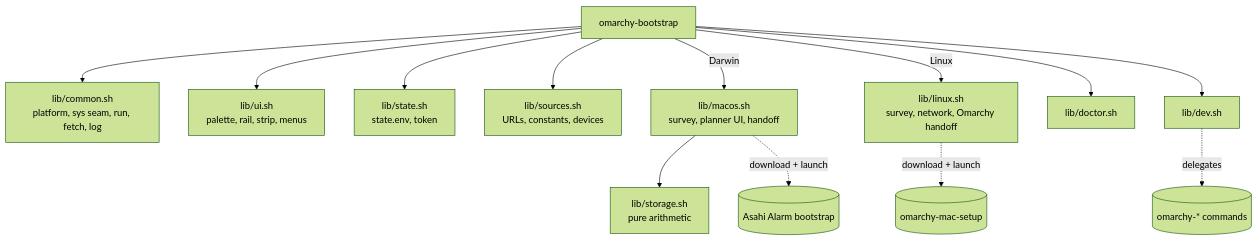
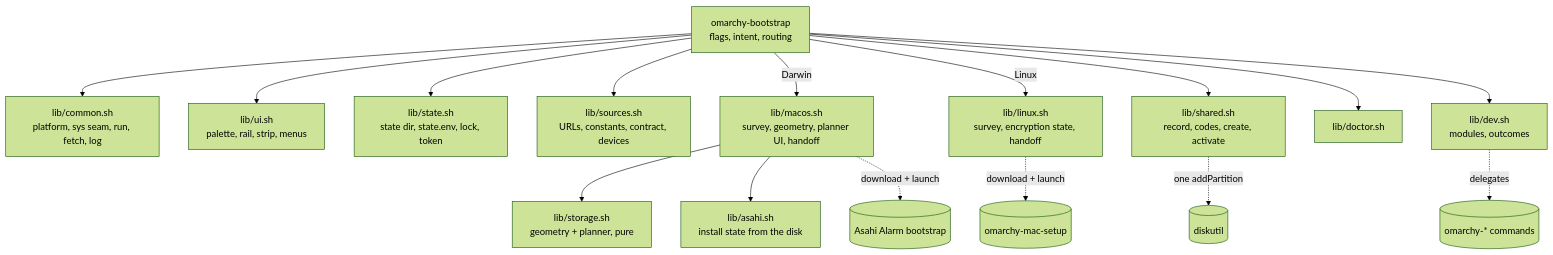
The second of 2 diagrams in SPEC.md (scalinity/omarchy-mac-bootstrap), drawn with Mermaid (forest theme) before and after one commit. The commit also changed other lines of this file and 11 other files, not shown here.

````diff
--- a/SPEC.md
+++ b/SPEC.md
@@ -344,15 +460,18 @@
 ```mermaid
 flowchart TD
-    E[omarchy-bootstrap] --> C[lib/common.sh<br/>platform, sys seam, run, fetch, log]
+    E[omarchy-bootstrap<br/>flags, intent, routing] --> C[lib/common.sh<br/>platform, sys seam, run, fetch, log]
     E --> U[lib/ui.sh<br/>palette, rail, strip, menus]
-    E --> ST[lib/state.sh<br/>state.env, token]
-    E --> SRC[lib/sources.sh<br/>URLs, constants, devices]
-    E -->|Darwin| M[lib/macos.sh<br/>survey, planner UI, handoff]
-    E -->|Linux| L[lib/linux.sh<br/>survey, network, Omarchy handoff]
-    M --> SP[lib/storage.sh<br/>pure arithmetic]
+    E --> ST[lib/state.sh<br/>state dir, state.env, lock, token]
+    E --> SRC[lib/sources.sh<br/>URLs, constants, contract, devices]
+    E -->|Darwin| M[lib/macos.sh<br/>survey, geometry, planner UI, handoff]
+    M --> SP[lib/storage.sh<br/>geometry + planner, pure]
+    M --> AS[lib/asahi.sh<br/>install state from the disk]
+    E -->|Linux| L[lib/linux.sh<br/>survey, encryption state, handoff]
+    E --> SH[lib/shared.sh<br/>record, codes, create, activate]
     E --> D[lib/doctor.sh]
-    E --> DV[lib/dev.sh]
+    E --> DV[lib/dev.sh<br/>modules, outcomes]
     M -. download + launch .-> AA[(Asahi Alarm bootstrap)]
     L -. download + launch .-> OM[(omarchy-mac-setup)]
+    SH -. one addPartition .-> DU[(diskutil)]
     DV -. delegates .-> OC[(omarchy-* commands)]
 ```
````
